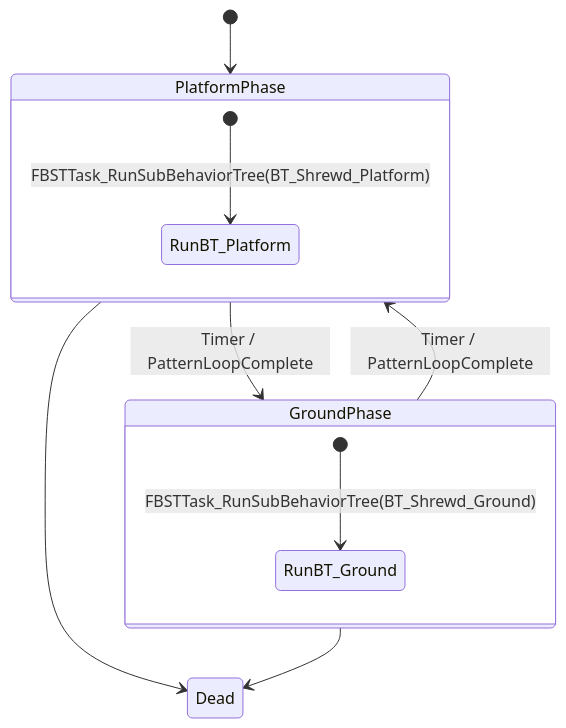
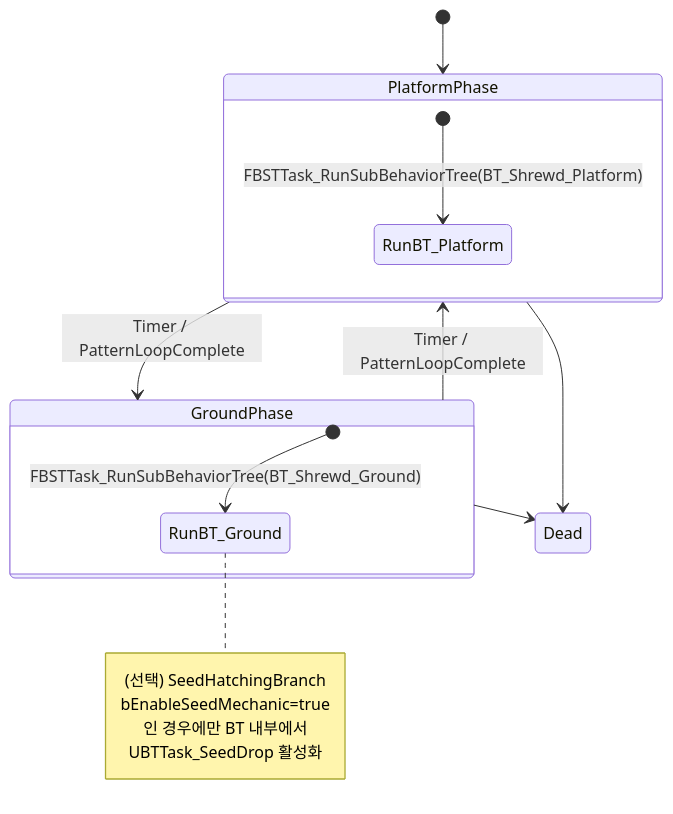
Before and after one commit to seongwon1579/ProjectBlackout: the fourth of 5 diagrams in Docs/AI_Boss/03_StateTree_SubBT_Assets.md, drawn with Mermaid. The commit also changed other lines of this file and 10 other files, not shown here.

First line of the commit message:
Docs: GDD 개정 및 AI/Boss 기술 설계서, 클래스 다이어그램 수정

````diff
--- a/Docs/AI_Boss/03_StateTree_SubBT_Assets.md
+++ b/Docs/AI_Boss/03_StateTree_SubBT_Assets.md
@@ -187,15 +199,21 @@
 ```mermaid
 stateDiagram-v2
     [*] --> PlatformPhase
     PlatformPhase --> GroundPhase : Timer / PatternLoopComplete
     GroundPhase --> PlatformPhase : Timer / PatternLoopComplete
     PlatformPhase --> Dead
     GroundPhase --> Dead
 
     state PlatformPhase {
         [*] --> RunBT_Platform : FBSTTask_RunSubBehaviorTree(BT_Shrewd_Platform)
     }
     state GroundPhase {
         [*] --> RunBT_Ground : FBSTTask_RunSubBehaviorTree(BT_Shrewd_Ground)
+        note right of RunBT_Ground
+          (선택) SeedHatchingBranch
+          bEnableSeedMechanic=true
+          인 경우에만 BT 내부에서
+          UBTTask_SeedDrop 활성화
+        end note
     }
 ```
````
